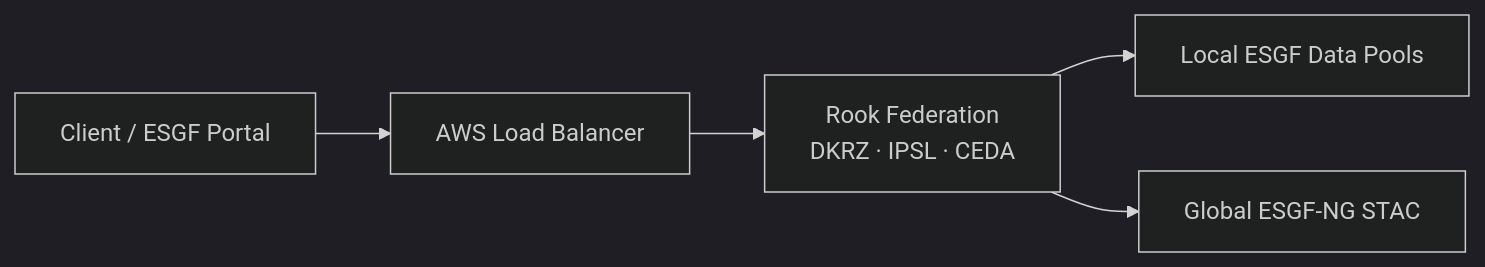
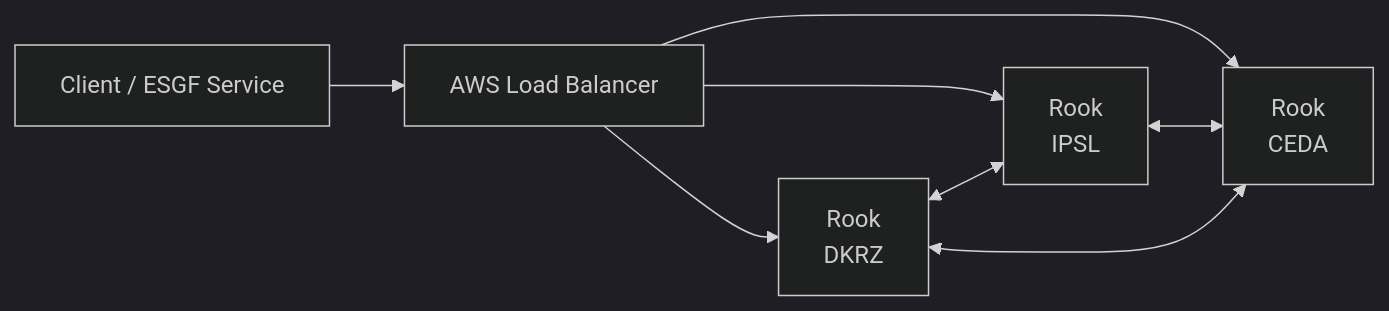
Before and after one commit to roocs/rook: the first of 8 diagrams in ARCH_ESGF2.md, drawn with Mermaid (dark theme). The commit also changed other lines of this file, not shown here.

Commit message:
update esgf2 design doc

````diff
--- a/ARCH_ESGF2.md
+++ b/ARCH_ESGF2.md
@@ -23,13 +18,19 @@
 ```mermaid
 flowchart LR
-    Client[Client / ESGF Portal]
+    Client[Client / ESGF Service]
     LB[AWS Load Balancer]
-    Rooks[Rook Federation<br/>DKRZ · IPSL · CEDA]
-    Data[Local ESGF Data Pools]
-    STAC[Global ESGF-NG STAC]
+
+    DE[Rook<br/>DKRZ]
+    FR[Rook<br/>IPSL]
+    UK[Rook<br/>CEDA]
 
     Client --> LB
-    LB --> Rooks
-    Rooks --> Data
-    Rooks --> STAC
+
+    LB --> DE
+    LB --> FR
+    LB --> UK
+
+    DE <--> FR
+    FR <--> UK
+    DE <--> UK
 ```
````
